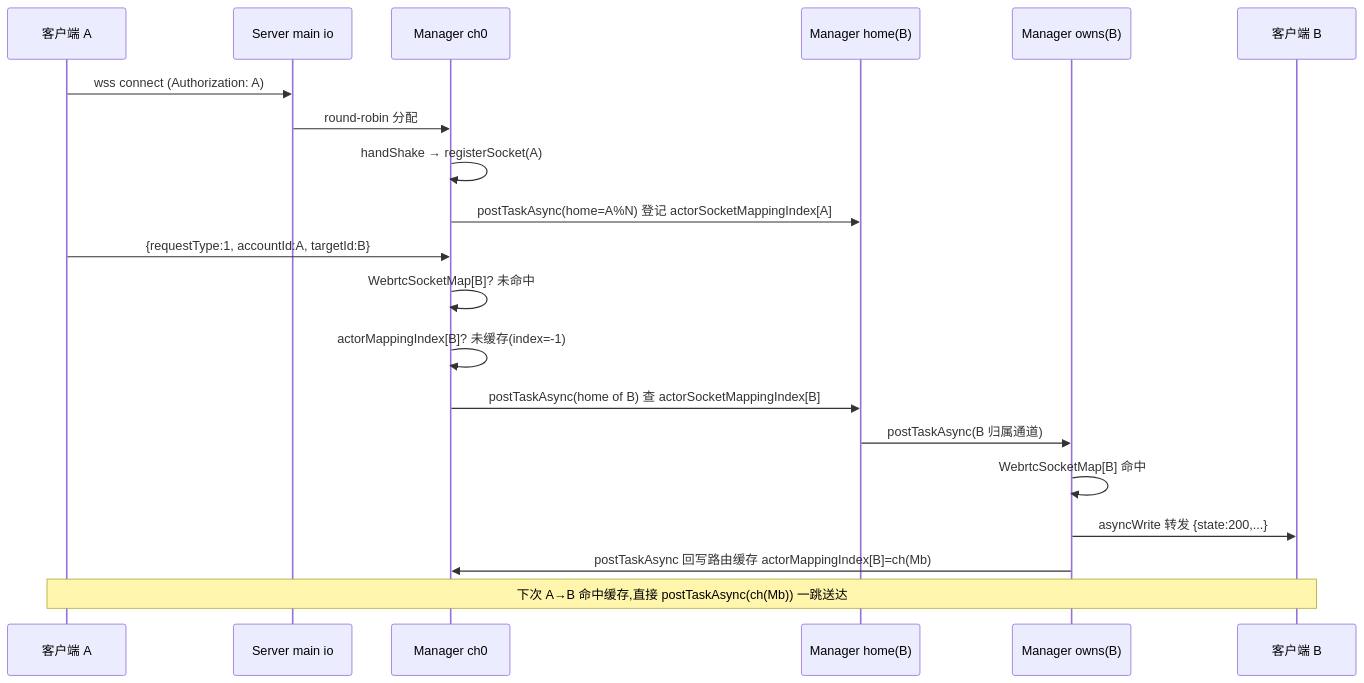
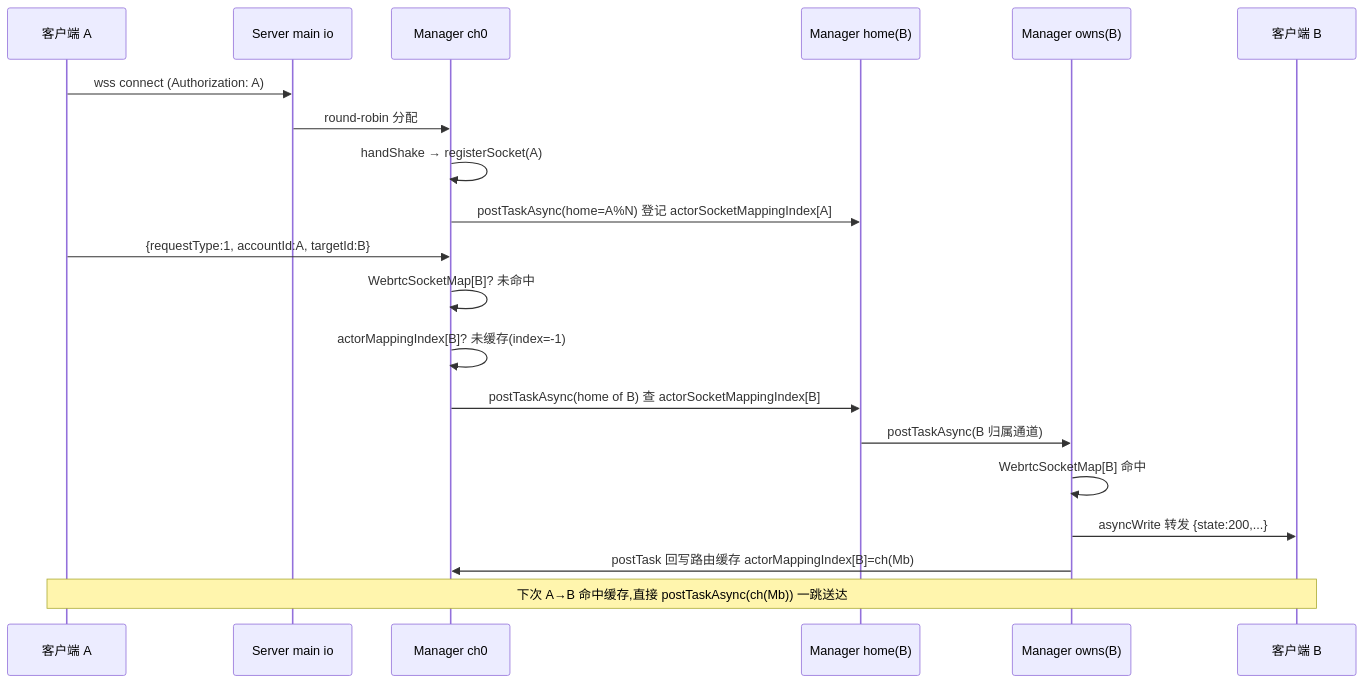
Before and after one commit to HopeTiga/HopeDesk: the second of 5 diagrams in WebrtcSignalServer.md, drawn with Mermaid. The commit also changed other lines of this file, not shown here.

````diff
--- a/WebrtcSignalServer.md
+++ b/WebrtcSignalServer.md
@@ -209,22 +228,22 @@
 ```mermaid
 sequenceDiagram
   participant C as 客户端 A
   participant Srv as Server main io
   participant M0 as Manager ch0
   participant Mh as Manager home(B)
   participant Mb as Manager owns(B)
   participant B as 客户端 B
   C->>Srv: wss connect (Authorization: A)
   Srv->>M0: round-robin 分配
   M0->>M0: handShake → registerSocket(A)
   M0->>Mh: postTaskAsync(home=A%N) 登记 actorSocketMappingIndex[A]
   C->>M0: {requestType:1, accountId:A, targetId:B}
   M0->>M0: WebrtcSocketMap[B]? 未命中
   M0->>M0: actorMappingIndex[B]? 未缓存(index=-1)
   M0->>Mh: postTaskAsync(home of B) 查 actorSocketMappingIndex[B]
   Mh->>Mb: postTaskAsync(B 归属通道)
   Mb->>Mb: WebrtcSocketMap[B] 命中
   Mb->>B: asyncWrite 转发 {state:200,...}
-  Mb->>M0: postTaskAsync 回写路由缓存 actorMappingIndex[B]=ch(Mb)
+  Mb->>M0: postTask 回写路由缓存 actorMappingIndex[B]=ch(Mb)
   Note over C,B: 下次 A→B 命中缓存,直接 postTaskAsync(ch(Mb)) 一跳送达
 ```
````
